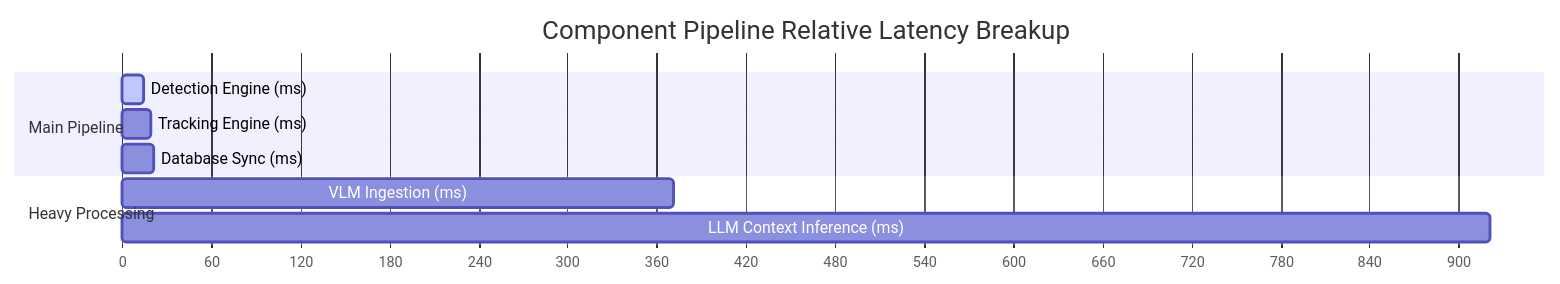
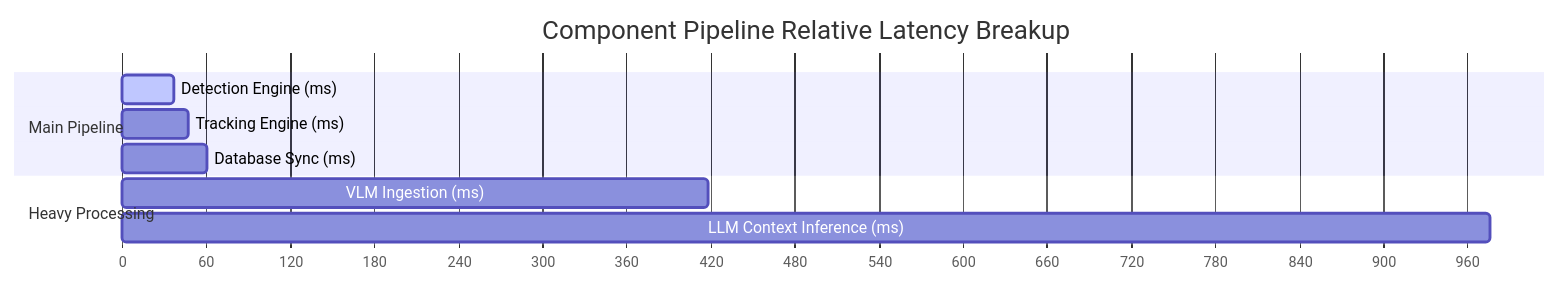
The diagram in docs/benchmarks/pipeline_benchmark.md (purvask2006-collab/Eagle_Purva_GSSoC), drawn with Mermaid before and after one commit. The commit also changed other lines of this file and 2 other files, not shown here.

````diff
--- a/docs/benchmarks/pipeline_benchmark.md
+++ b/docs/benchmarks/pipeline_benchmark.md
@@ -18,13 +20,13 @@
 ```mermaid
 gantt
     title Component Pipeline Relative Latency Breakup
     dateFormat  X
     axisFormat %s
     section Main Pipeline
-    Detection Engine (ms)     :active, 0, 15
-    Tracking Engine (ms)       : 15, 19
-    Database Sync (ms)         : 19, 21
+    Detection Engine (ms)      :active, 0, 37
+    Tracking Engine (ms)       : 37, 47
+    Database Sync (ms)         : 47, 61
     section Heavy Processing
-    VLM Ingestion (ms)         : 21, 371
-    LLM Context Inference (ms) : 371, 921
+    VLM Ingestion (ms)         : 61, 418
+    LLM Context Inference (ms) : 418, 976
 ```
````
